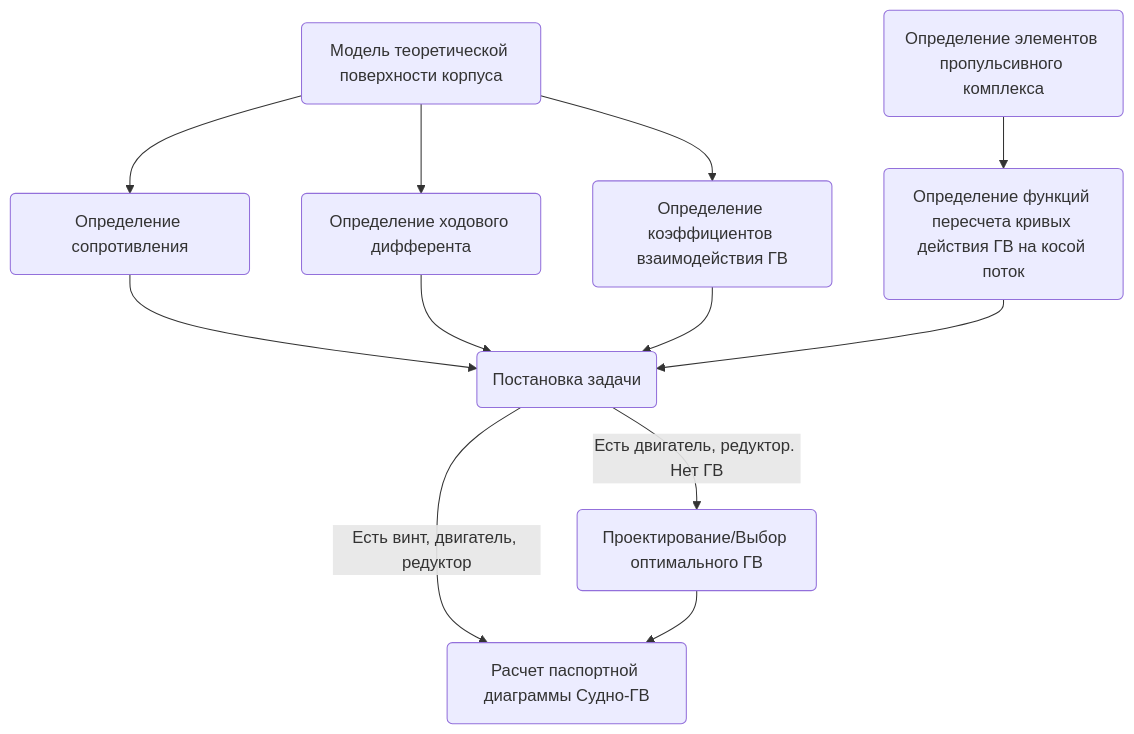
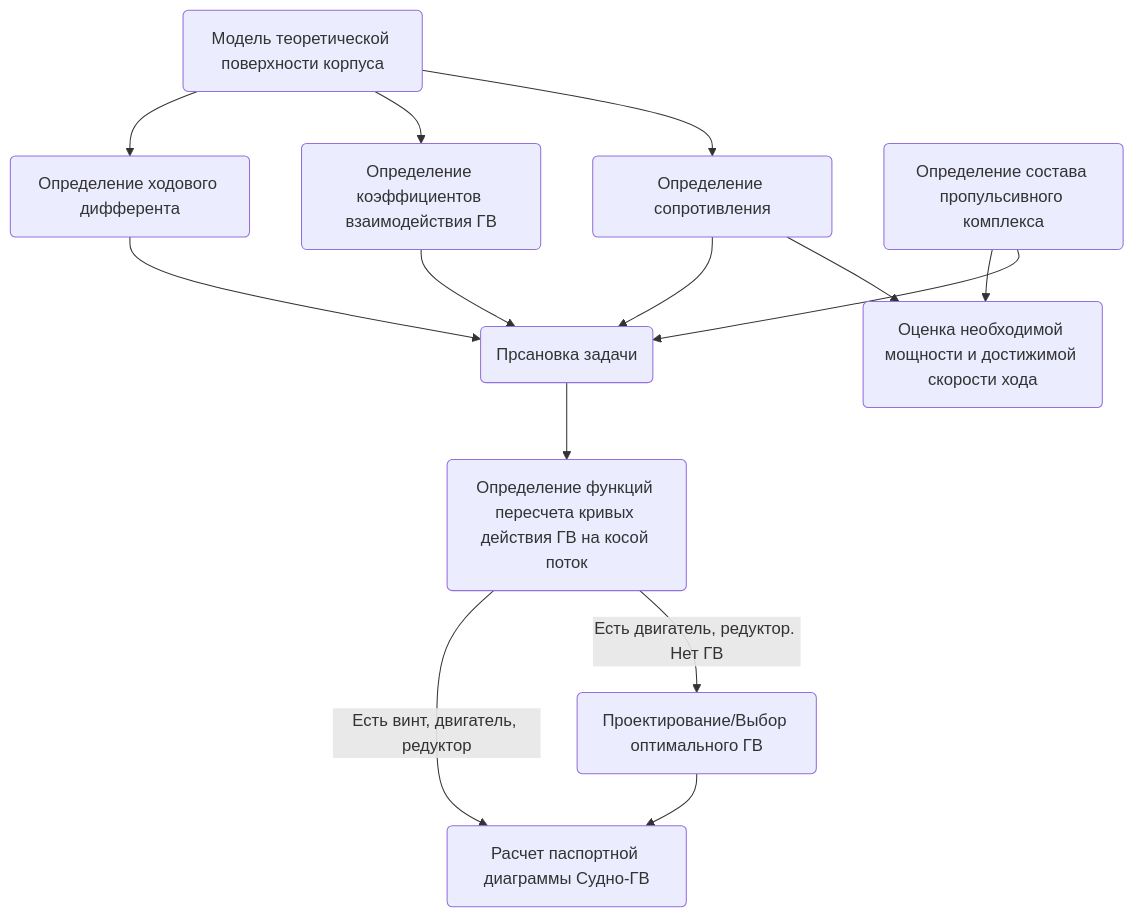
The diagram in assets/doc/algorithm/partXX_propultion/chapter01_general.md (a-givertzman/mdmt-server), drawn with Mermaid before and after one commit.

````diff
--- a/assets/doc/algorithm/partXX_propultion/chapter01_general.md
+++ b/assets/doc/algorithm/partXX_propultion/chapter01_general.md
@@ -3,19 +3,18 @@
 ```mermaid
 flowchart TD
-
-t4("Модель теоретической поверхности корпуса") --> ResistanceCurve("Определение сопротивления") 
 t4 --> TrimCurve("Определение ходового дифферента")
 t4 --> PropultionFactor("Определение коэффициентов взаимодействия ГВ")
 ResistanceCurve --> WhatTask
+t4("Модель теоретической поверхности корпуса") --> ResistanceCurve("Определение сопротивления") 
 TrimCurve --> WhatTask
 PropultionFactor --> WhatTask
 
-ChoosePropultion("Определение элементов пропульсивного комплекса") --> ObliqueFlow("Определение функций пересчета кривых действия ГВ на косой поток")
-ObliqueFlow --> WhatTask("Постановка задачи")
+ResistanceCurve --> Assessment("Оценка необходимой мощности и достижимой скорости хода")
+ChoosePropultion("Определение состава пропульсивного комплекса")  --> Assessment 
+ChoosePropultion --> WhatTask
+WhatTask("Прсановка задачи") --> id1("Определение функций пересчета кривых действия ГВ на косой поток")
+id1 --> |Есть винт, двигатель, редуктор|SpeedCalc("Расчет паспортной диаграммы Судно-ГВ")
 
-WhatTask --> |Есть винт, двигатель, редуктор|SpeedCalc("Расчет паспортной диаграммы Судно-ГВ")
-
-WhatTask --> |Есть двигатель, редуктор. Нет ГВ|DesignOptimalScrew("Проектирование/Выбор оптимального ГВ")
+id1 --> |Есть двигатель, редуктор. Нет ГВ|DesignOptimalScrew("Проектирование/Выбор оптимального ГВ")
 DesignOptimalScrew --> SpeedCalc
-
 ```
````
